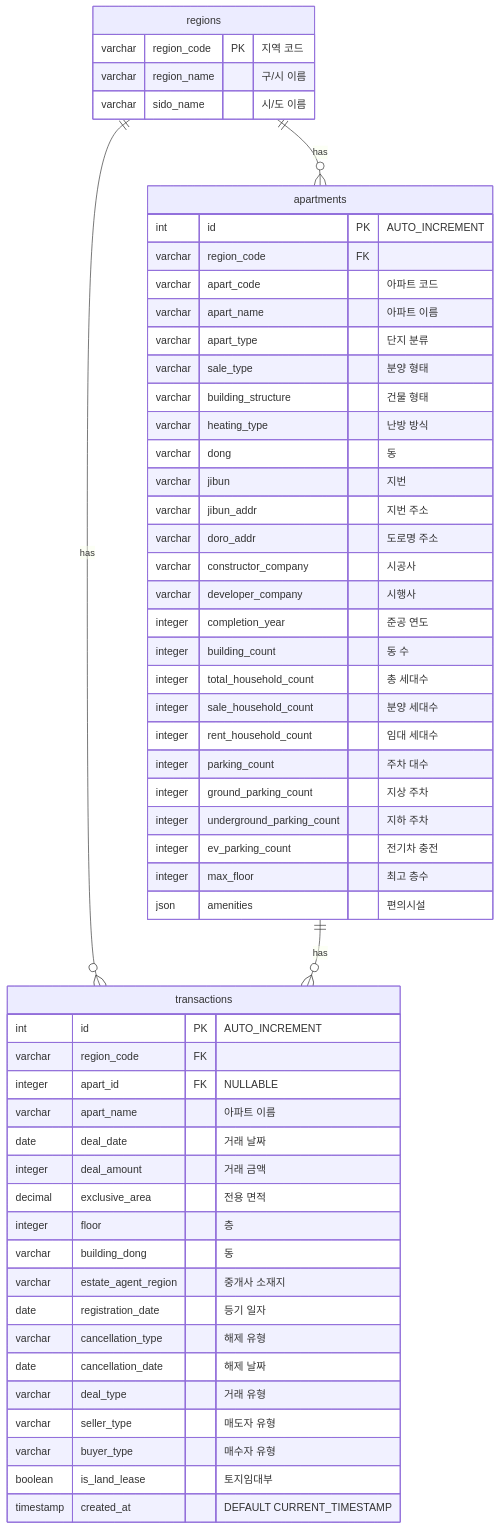
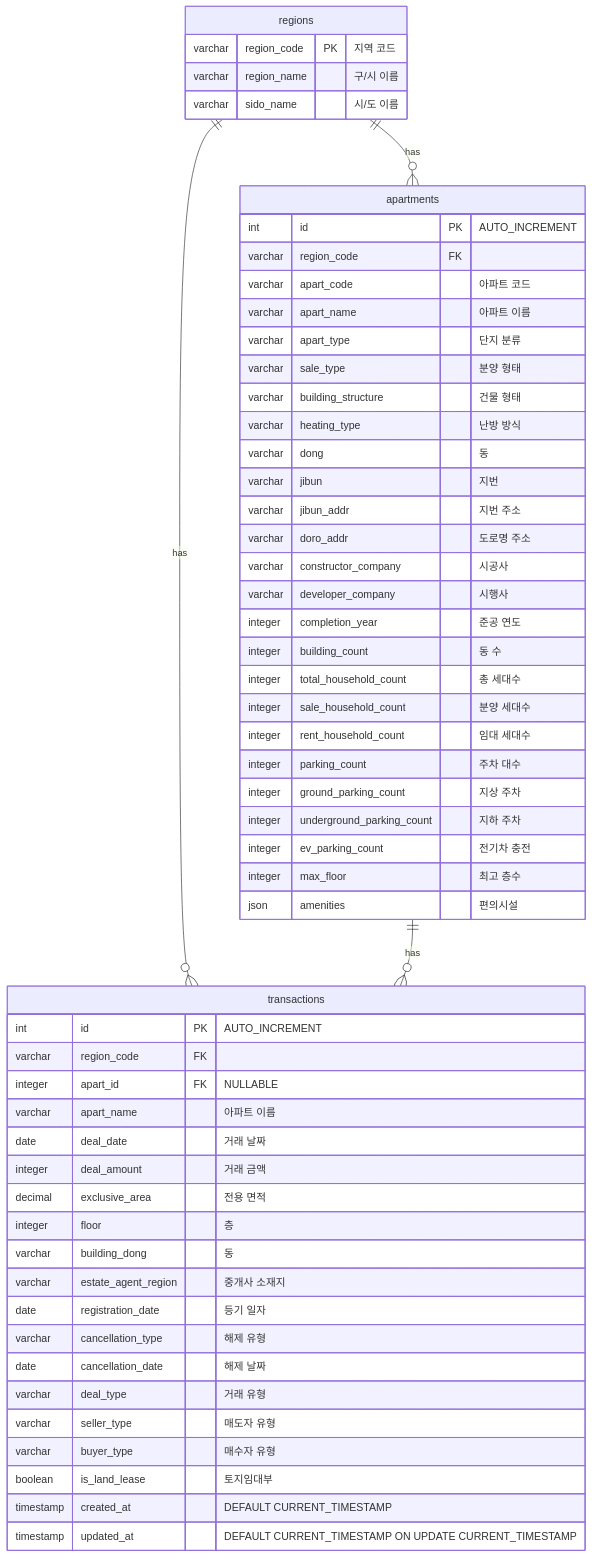
One commit to polym-team/polymorph-app changed the diagram in apps/jibsayo/ERD.md. Above: the diagram before and after it, drawn with Mermaid. The commit also changed other lines of this file, not shown here.

Commit message:
feat: 스키마 수정

````diff
--- a/apps/jibsayo/ERD.md
+++ b/apps/jibsayo/ERD.md
@@ -5,61 +5,62 @@
 ```mermaid
 erDiagram
     regions ||--o{ apartments : "has"
     regions ||--o{ transactions : "has"
     apartments ||--o{ transactions : "has"
 
     regions {
         varchar region_code PK "지역 코드"
         varchar region_name "구/시 이름"
         varchar sido_name "시/도 이름"
     }
 
     apartments {
         int id PK "AUTO_INCREMENT"
         varchar region_code FK
         varchar apart_code "아파트 코드"
         varchar apart_name "아파트 이름"
         varchar apart_type "단지 분류"
         varchar sale_type "분양 형태"
         varchar building_structure "건물 형태"
         varchar heating_type "난방 방식"
         varchar dong "동"
         varchar jibun "지번"
         varchar jibun_addr "지번 주소"
         varchar doro_addr "도로명 주소"
         varchar constructor_company "시공사"
         varchar developer_company "시행사"
         integer completion_year "준공 연도"
         integer building_count "동 수"
         integer total_household_count "총 세대수"
         integer sale_household_count "분양 세대수"
         integer rent_household_count "임대 세대수"
         integer parking_count "주차 대수"
         integer ground_parking_count "지상 주차"
         integer underground_parking_count "지하 주차"
         integer ev_parking_count "전기차 충전"
         integer max_floor "최고 층수"
         json amenities "편의시설"
     }
 
     transactions {
         int id PK "AUTO_INCREMENT"
         varchar region_code FK
         integer apart_id FK "NULLABLE"
         varchar apart_name "아파트 이름"
         date deal_date "거래 날짜"
         integer deal_amount "거래 금액"
         decimal exclusive_area "전용 면적"
         integer floor "층"
         varchar building_dong "동"
         varchar estate_agent_region "중개사 소재지"
         date registration_date "등기 일자"
         varchar cancellation_type "해제 유형"
         date cancellation_date "해제 날짜"
         varchar deal_type "거래 유형"
         varchar seller_type "매도자 유형"
         varchar buyer_type "매수자 유형"
         boolean is_land_lease "토지임대부"
         timestamp created_at "DEFAULT CURRENT_TIMESTAMP"
+        timestamp updated_at "DEFAULT CURRENT_TIMESTAMP ON UPDATE CURRENT_TIMESTAMP"
     }
 ```
````
